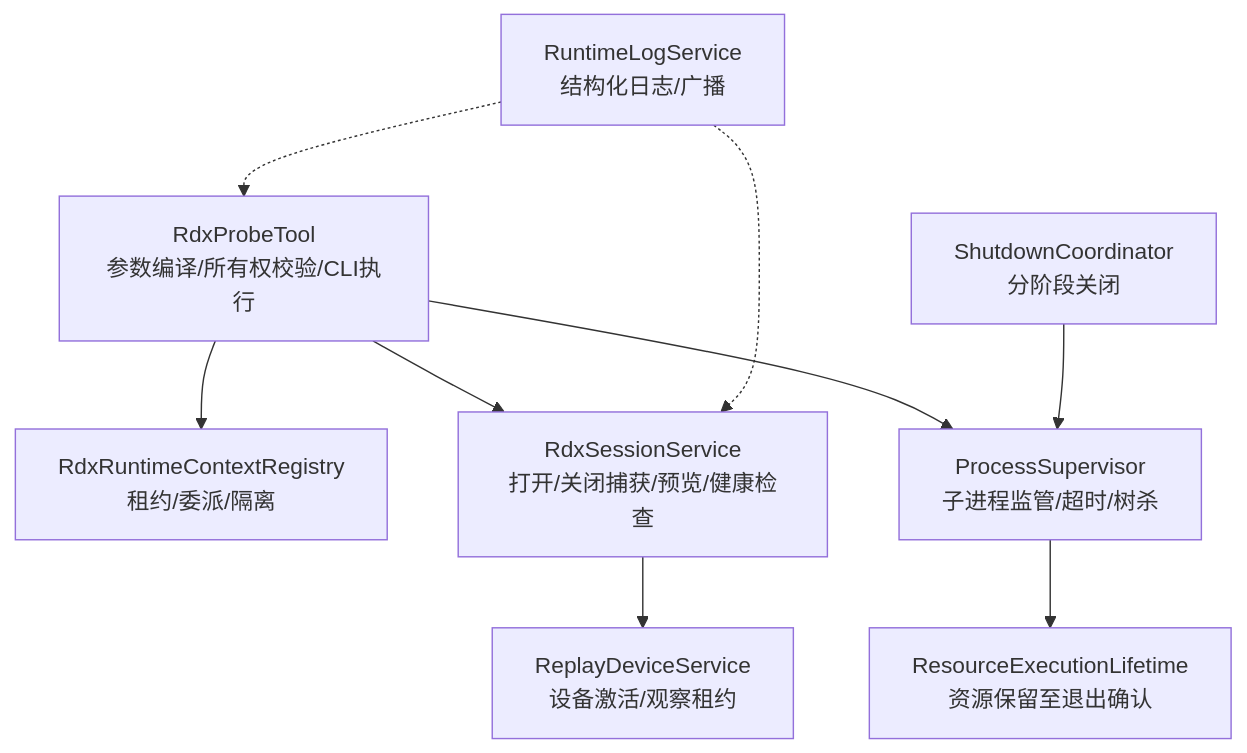
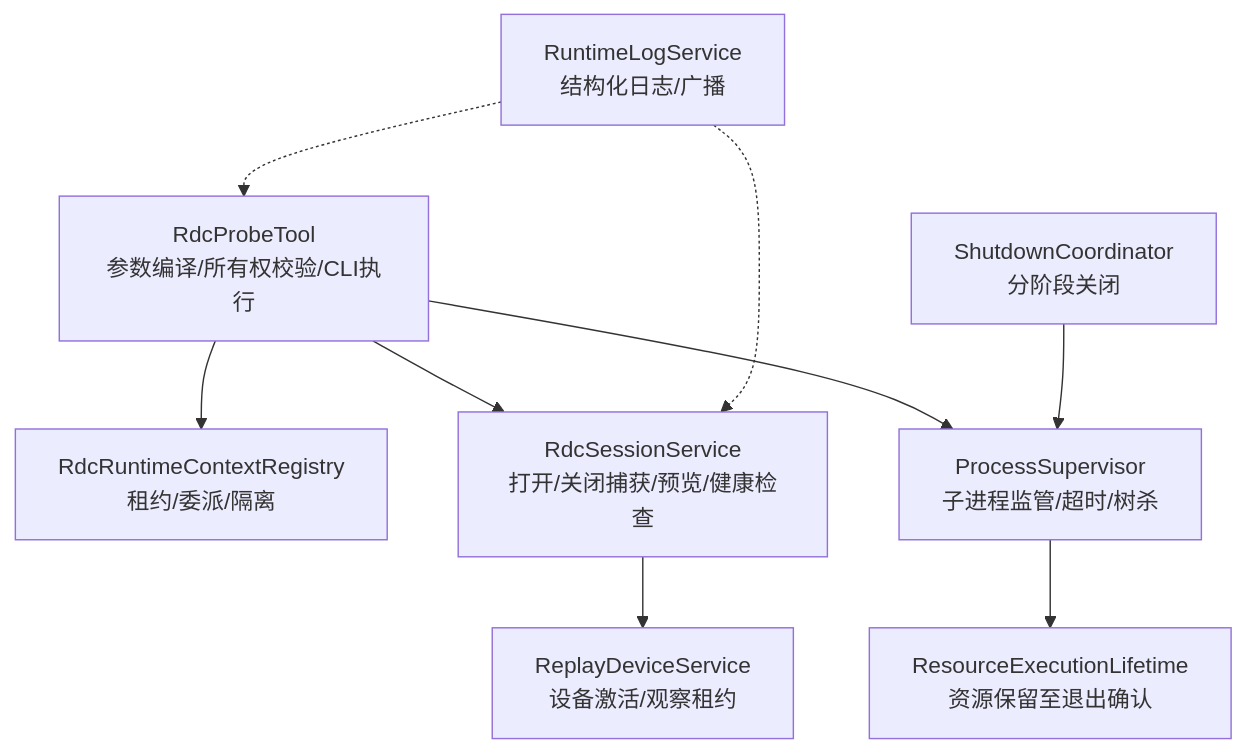
Before and after one commit to haolange/RDC-Agent: the first of 8 diagrams in .qoder/repowiki/zh/content/架构设计/核心组件设计/CLI调用器设计/探针生命周期管理.md, drawn with Mermaid. The commit also changed other lines of this file and 557 other files, not shown here.

First line of the commit message:
Unify RDC-Agent identity and canonical RDC-Tool integration

````diff
--- a/.qoder/repowiki/zh/content/架构设计/核心组件设计/CLI调用器设计/探针生命周期管理.md
+++ b/.qoder/repowiki/zh/content/架构设计/核心组件设计/CLI调用器设计/探针生命周期管理.md
@@ -46,11 +46,11 @@
 ```mermaid
 graph TB
-ProbeTool["RdxProbeTool<br/>参数编译/所有权校验/CLI执行"] --> LeaseMgr["RdxRuntimeContextRegistry<br/>租约/委派/隔离"]
-ProbeTool --> SessionSvc["RdxSessionService<br/>打开/关闭捕获/预览/健康检查"]
+ProbeTool["RdcProbeTool<br/>参数编译/所有权校验/CLI执行"] --> LeaseMgr["RdcRuntimeContextRegistry<br/>租约/委派/隔离"]
+ProbeTool --> SessionSvc["RdcSessionService<br/>打开/关闭捕获/预览/健康检查"]
 SessionSvc --> DeviceSvc["ReplayDeviceService<br/>设备激活/观察租约"]
 ProbeTool --> ProcSup["ProcessSupervisor<br/>子进程监管/超时/树杀"]
 ProcSup --> ResLife["ResourceExecutionLifetime<br/>资源保留至退出确认"]
 ShutdownCoord["ShutdownCoordinator<br/>分阶段关闭"] --> ProcSup
 RuntimeLog["RuntimeLogService<br/>结构化日志/广播"] -.-> ProbeTool
 RuntimeLog -.-> SessionSvc
 ```
````
